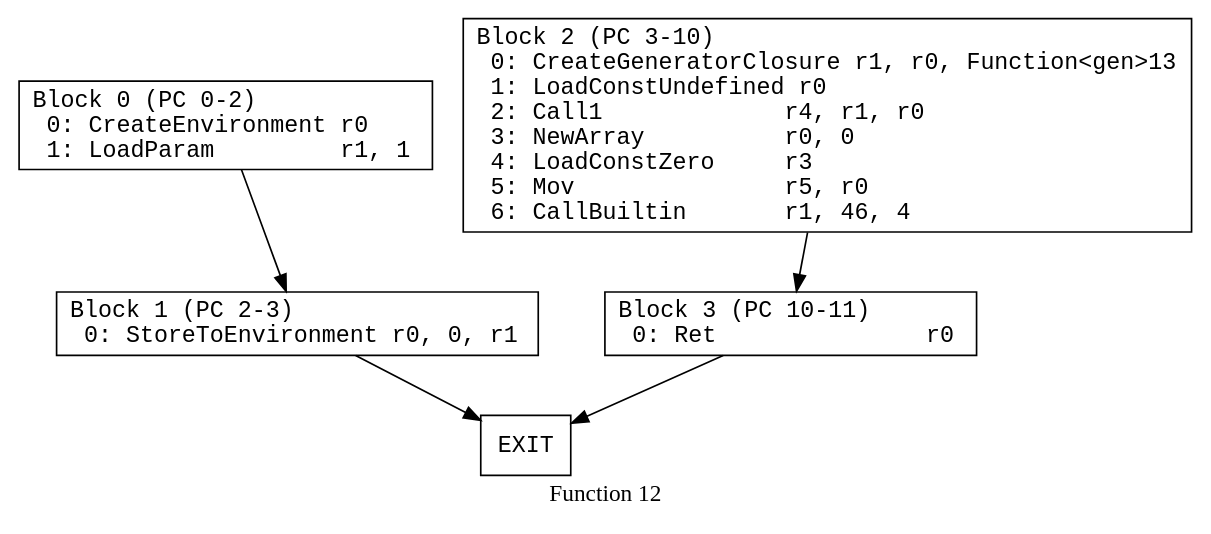
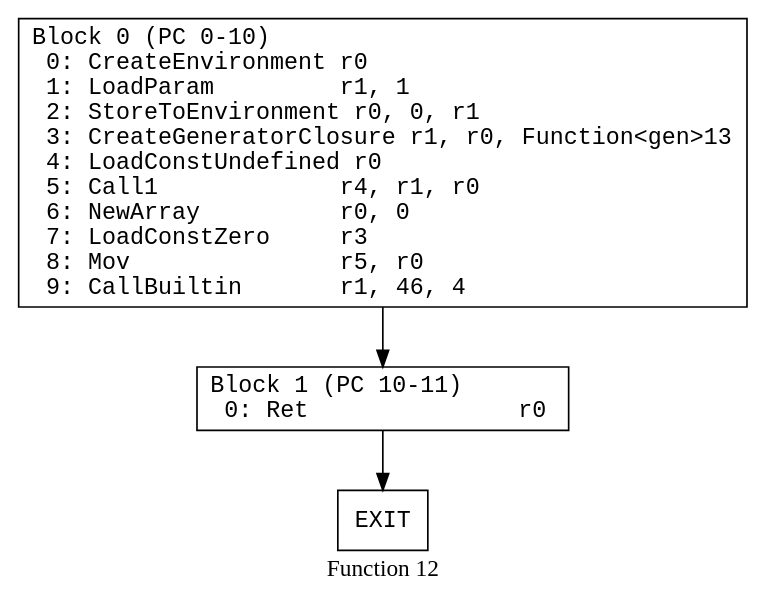
One commit to kroo/hermes-dec-rs changed the diagram in data/individual_pdfs/flow_control_function_12.dot. Above: the diagram before and after it, drawn with Graphviz. The commit also changed 78 other files, not shown here.

First line of the commit message:
Fix StoreToEnvironment instruction categorization bug

```diff
--- a/data/individual_pdfs/flow_control_function_12.dot
+++ b/data/individual_pdfs/flow_control_function_12.dot
@@ -1,22 +1,18 @@
 // Function 12 from flow_control
 // Generated from data/flow_control.dot
 
 digraph {
   rankdir=TB;
   node [shape=box, fontname="monospace"];
 
   label = "Function 12";
   style = filled;
   color = lightgrey;
 
-  f12_n0 [ label = "Block 0 (PC 0-2)\l  0: CreateEnvironment r0\l  1: LoadParam         r1, 1\l" ]
-  f12_n1 [ label = "Block 1 (PC 2-3)\l  0: StoreToEnvironment r0, 0, r1\l" ]
-  f12_n2 [ label = "Block 2 (PC 3-10)\l  0: CreateGeneratorClosure r1, r0, Function<gen>13\l  1: LoadConstUndefined r0\l  2: Call1             r4, r1, r0\l  3: NewArray          r0, 0\l  4: LoadConstZero     r3\l  5: Mov               r5, r0\l  6: CallBuiltin       r1, 46, 4\l" ]
-  f12_n3 [ label = "Block 3 (PC 10-11)\l  0: Ret               r0\l" ]
-  f12_n4 [ label = "EXIT" ]
+  f12_n0 [ label = "Block 0 (PC 0-10)\l  0: CreateEnvironment r0\l  1: LoadParam         r1, 1\l  2: StoreToEnvironment r0, 0, r1\l  3: CreateGeneratorClosure r1, r0, Function<gen>13\l  4: LoadConstUndefined r0\l  5: Call1             r4, r1, r0\l  6: NewArray          r0, 0\l  7: LoadConstZero     r3\l  8: Mov               r5, r0\l  9: CallBuiltin       r1, 46, 4\l" ]
+  f12_n1 [ label = "Block 1 (PC 10-11)\l  0: Ret               r0\l" ]
+  f12_n2 [ label = "EXIT" ]
 
   f12_n0 -> f12_n1
-  f12_n1 -> f12_n4
-  f12_n2 -> f12_n3
-  f12_n3 -> f12_n4
+  f12_n1 -> f12_n2
 }
```
